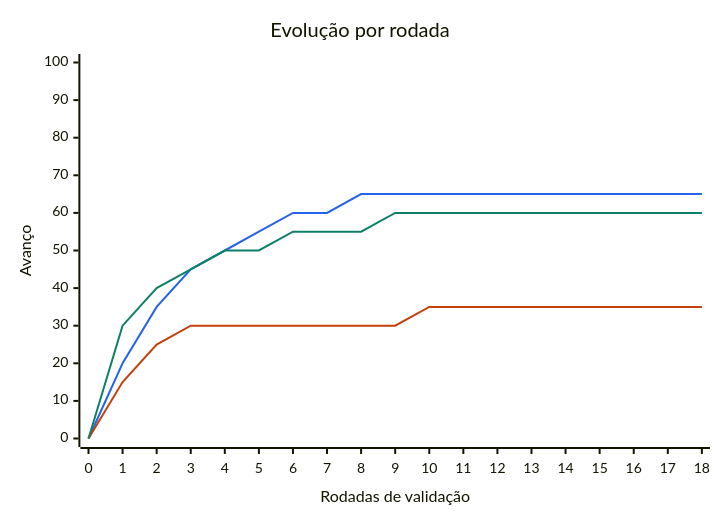
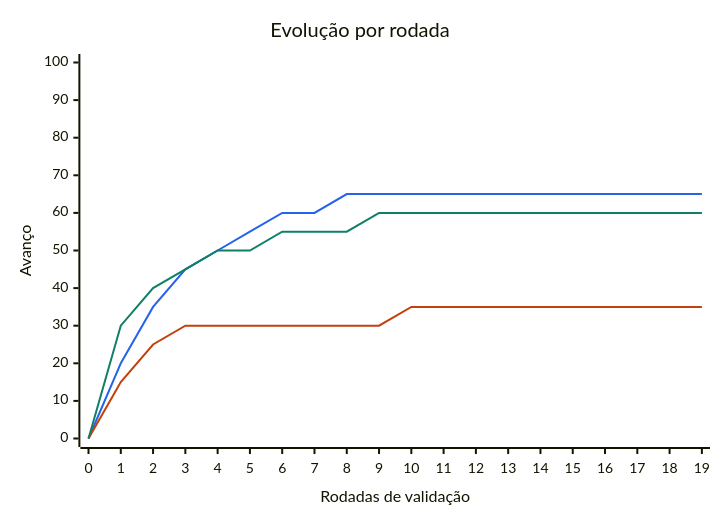
Before and after one commit to thiagozonda1989-stack/simuladorCotacao: the diagram in docs/colaboracao/ACOMPANHAMENTO.md, drawn with Mermaid. The commit also changed other lines of this file and 1 other file, not shown here.

Commit message:
Atualiza painel com o fechamento da rodada 19

````diff
--- a/docs/colaboracao/ACOMPANHAMENTO.md
+++ b/docs/colaboracao/ACOMPANHAMENTO.md
@@ -11,15 +11,15 @@
 ```mermaid
 ---
 config:
   themeVariables:
     xyChart:
       plotColorPalette: "#2563eb,#c2410c,#0e8066"
 ---
 xychart-beta
   title "Evolução por rodada"
-  x-axis "Rodadas de validação" [0, 1, 2, 3, 4, 5, 6, 7, 8, 9, 10, 11, 12, 13, 14, 15, 16, 17, 18]
+  x-axis "Rodadas de validação" [0, 1, 2, 3, 4, 5, 6, 7, 8, 9, 10, 11, 12, 13, 14, 15, 16, 17, 18, 19]
   y-axis "Avanço" 0 --> 100
-  line [0, 20, 35, 45, 50, 55, 60, 60, 65, 65, 65, 65, 65, 65, 65, 65, 65, 65, 65]
-  line [0, 15, 25, 30, 30, 30, 30, 30, 30, 30, 35, 35, 35, 35, 35, 35, 35, 35, 35]
-  line [0, 30, 40, 45, 50, 50, 55, 55, 55, 60, 60, 60, 60, 60, 60, 60, 60, 60, 60]
+  line [0, 20, 35, 45, 50, 55, 60, 60, 65, 65, 65, 65, 65, 65, 65, 65, 65, 65, 65, 65]
+  line [0, 15, 25, 30, 30, 30, 30, 30, 30, 30, 35, 35, 35, 35, 35, 35, 35, 35, 35, 35]
+  line [0, 30, 40, 45, 50, 50, 55, 55, 55, 60, 60, 60, 60, 60, 60, 60, 60, 60, 60, 60]
 ```
````
